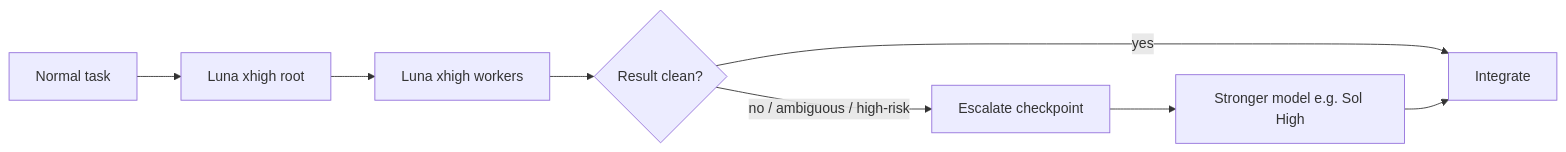
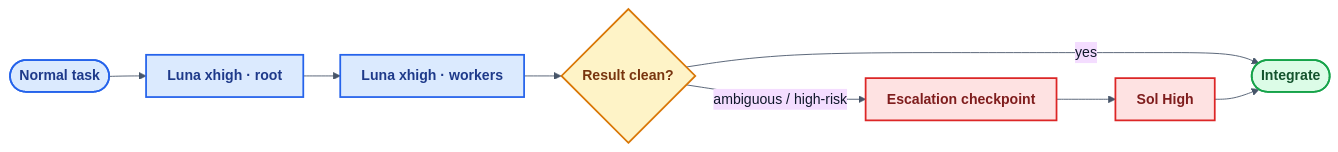
Before and after one commit to samindriano/codex-orchestra: the second of 3 diagrams in README.md, drawn with Mermaid. The commit also changed other lines of this file, not shown here.

Commit message:
docs: polish orchestra diagrams with styled Mermaid

````diff
--- a/README.md
+++ b/README.md
@@ -59,10 +103,21 @@
 ```mermaid
+%%{init: {"theme":"base","themeVariables":{"background":"#ffffff","primaryTextColor":"#0f172a","lineColor":"#475569","fontFamily":"Inter, ui-sans-serif, system-ui, sans-serif","fontSize":"16px"},"flowchart":{"curve":"basis","nodeSpacing":38,"rankSpacing":42,"padding":12}}}%%
 flowchart LR
-    A[Normal task] --> L[Luna xhigh root]
-    L --> W[Luna xhigh workers]
+    A([Normal task]) --> L[Luna xhigh · root]
+    L --> W[Luna xhigh · workers]
     W --> R{Result clean?}
-    R -->|yes| C[Integrate]
-    R -->|no / ambiguous / high-risk| S[Escalate checkpoint]
-    S --> SOL[Stronger model e.g. Sol High]
+    R -->|yes| C([Integrate])
+    R -->|ambiguous / high-risk| S[Escalation checkpoint]
+    S --> SOL[Sol High]
     SOL --> C
+
+    classDef normal fill:#dbeafe,stroke:#2563eb,stroke-width:2px,color:#1e3a8a,font-weight:700;
+    classDef decision fill:#fef3c7,stroke:#d97706,stroke-width:2px,color:#78350f,font-weight:700;
+    classDef escalation fill:#fee2e2,stroke:#dc2626,stroke-width:2px,color:#7f1d1d,font-weight:700;
+    classDef done fill:#dcfce7,stroke:#16a34a,stroke-width:2px,color:#14532d,font-weight:700;
+
+    class A,L,W normal;
+    class R decision;
+    class S,SOL escalation;
+    class C done;
 ```
````
